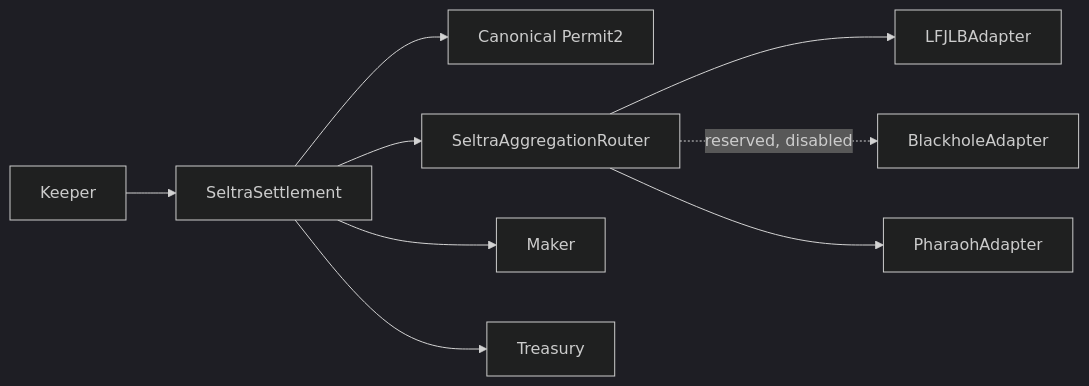
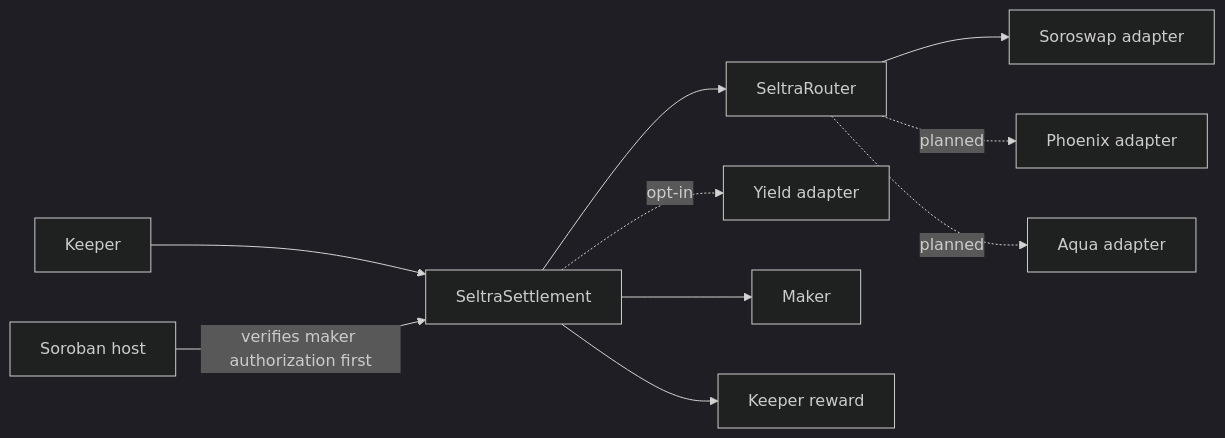
The diagram in content/docs/contract-reference/index.md (zadworny/Limit-Order-Frontend), drawn with Mermaid (dark theme) before and after one commit. The commit also changed other lines of this file and 47 other files, not shown here.

````diff
--- a/content/docs/contract-reference/index.md
+++ b/content/docs/contract-reference/index.md
@@ -10,11 +12,12 @@
 ```mermaid
 flowchart LR
     Keeper --> Settlement[SeltraSettlement]
-    Settlement --> Permit2[Canonical Permit2]
-    Settlement --> Router[SeltraAggregationRouter]
-    Router --> LFJ[LFJLBAdapter]
-    Router -. reserved, disabled .-> Blackhole[BlackholeAdapter]
-    Router --> Pharaoh[PharaohAdapter]
+    Host[Soroban host] -->|verifies maker authorization first| Settlement
+    Settlement --> Router[SeltraRouter]
+    Router --> Soroswap[Soroswap adapter]
+    Router -. planned .-> Phoenix[Phoenix adapter]
+    Router -. planned .-> Aqua[Aqua adapter]
+    Settlement -. opt-in .-> Yield[Yield adapter]
     Settlement --> Maker
-    Settlement --> Treasury
+    Settlement --> KeeperPay[Keeper reward]
 ```
````
